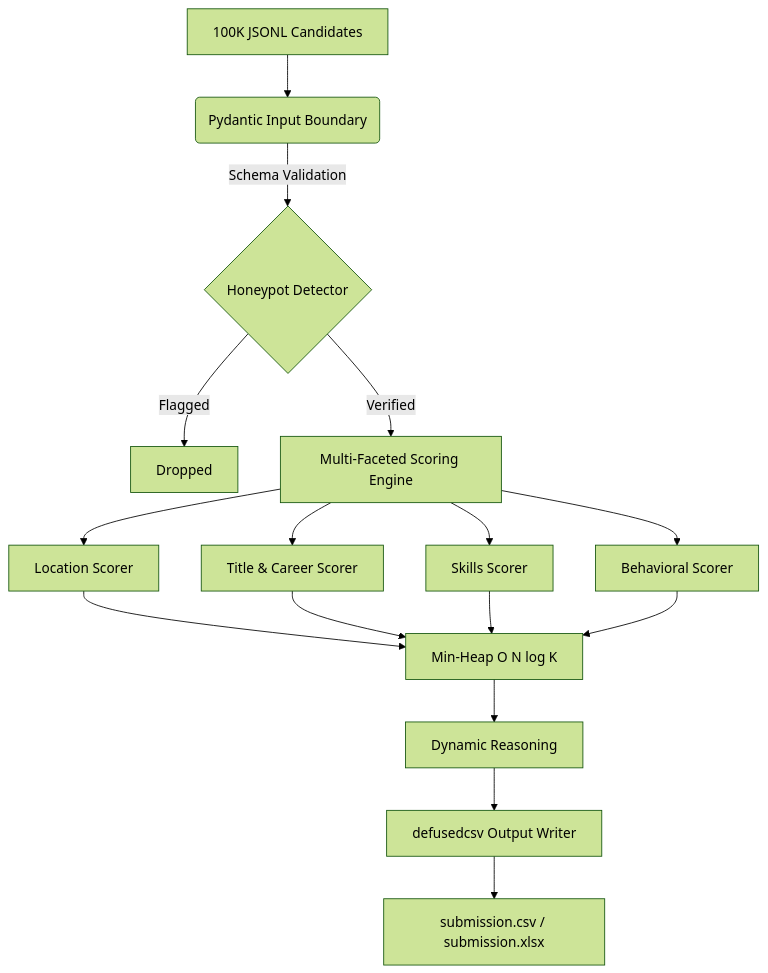
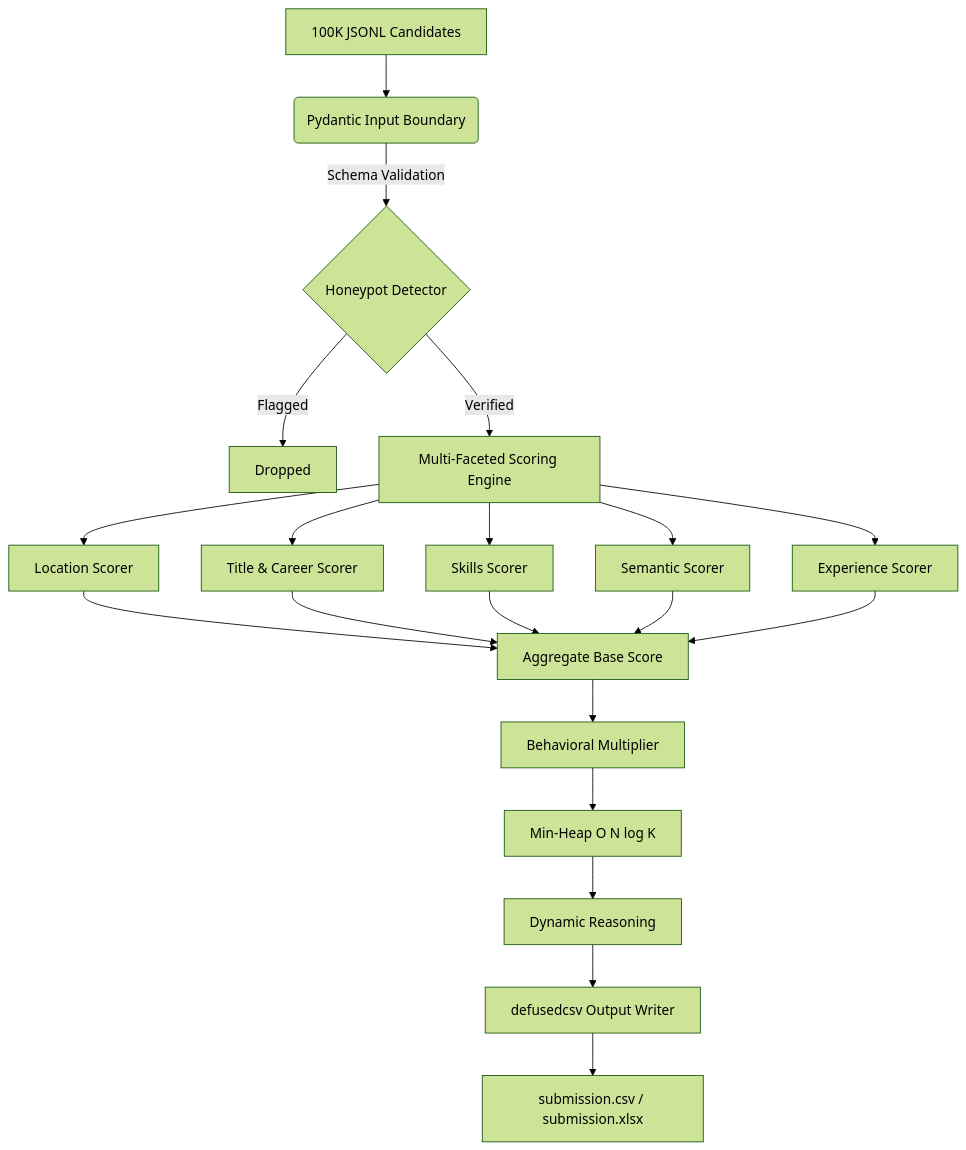
The diagram in docs/explanation/architecture.md (GunaPalanivel/Avera), drawn with Mermaid (forest theme) before and after one commit. The commit also changed other lines of this file and 6 other files, not shown here.

````diff
--- a/docs/explanation/architecture.md
+++ b/docs/explanation/architecture.md
@@ -9,15 +9,18 @@
 ```mermaid
 graph TD
     A[100K JSONL Candidates] --> B(Pydantic Input Boundary)
     B -->|Schema Validation| C{Honeypot Detector}
     C -->|Flagged| D[Dropped]
     C -->|Verified| E[Multi-Faceted Scoring Engine]
     E --> F[Location Scorer]
     E --> G[Title & Career Scorer]
     E --> H[Skills Scorer]
-    E --> I[Behavioral Scorer]
-    F & G & H & I --> J[Min-Heap O N log K]
+    E --> I[Semantic Scorer]
+    E --> X[Experience Scorer]
+    F & G & H & I & X --> Y[Aggregate Base Score]
+    Y --> Z[Behavioral Multiplier]
+    Z --> J[Min-Heap O N log K]
     J --> K[Dynamic Reasoning]
     K --> L[defusedcsv Output Writer]
     L --> M[submission.csv / submission.xlsx]
 ```
````
